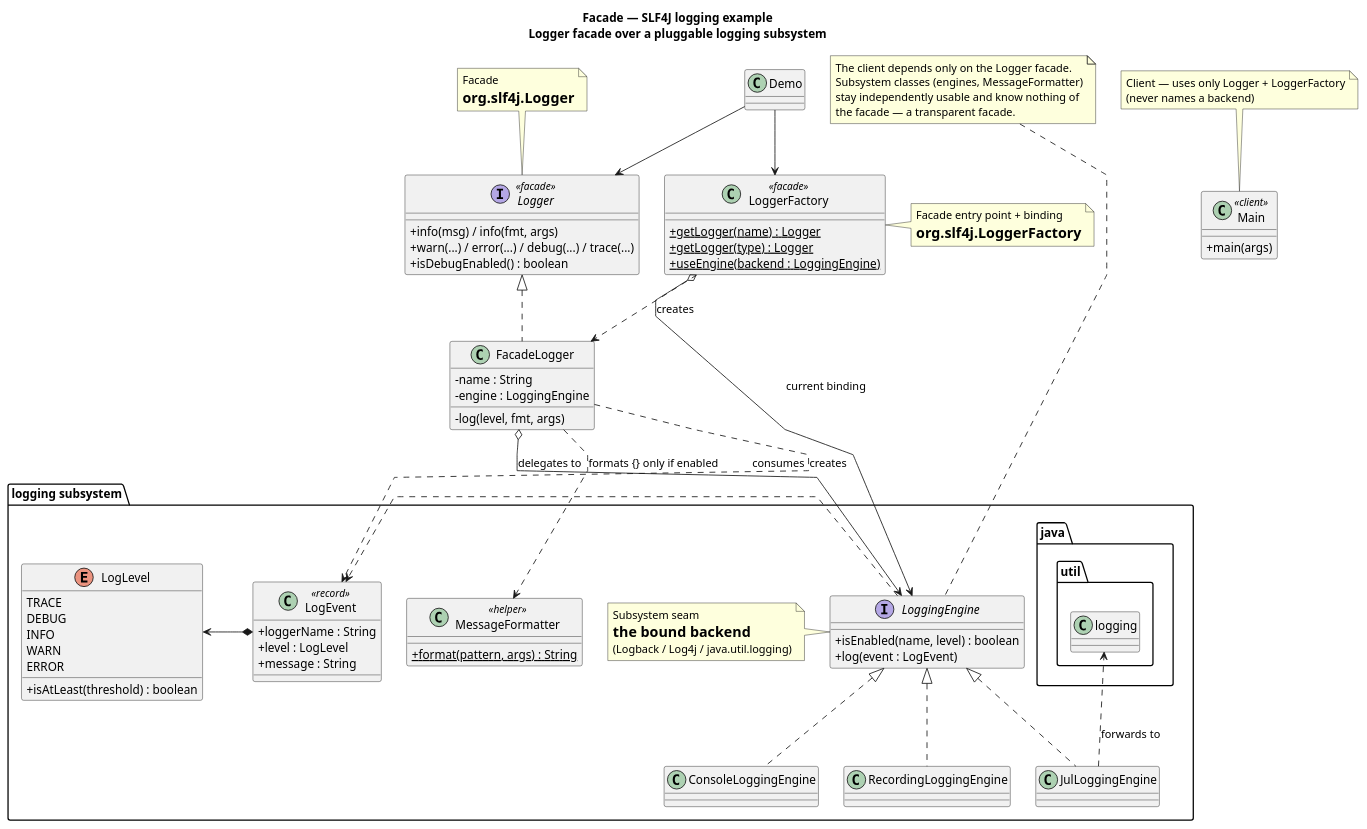
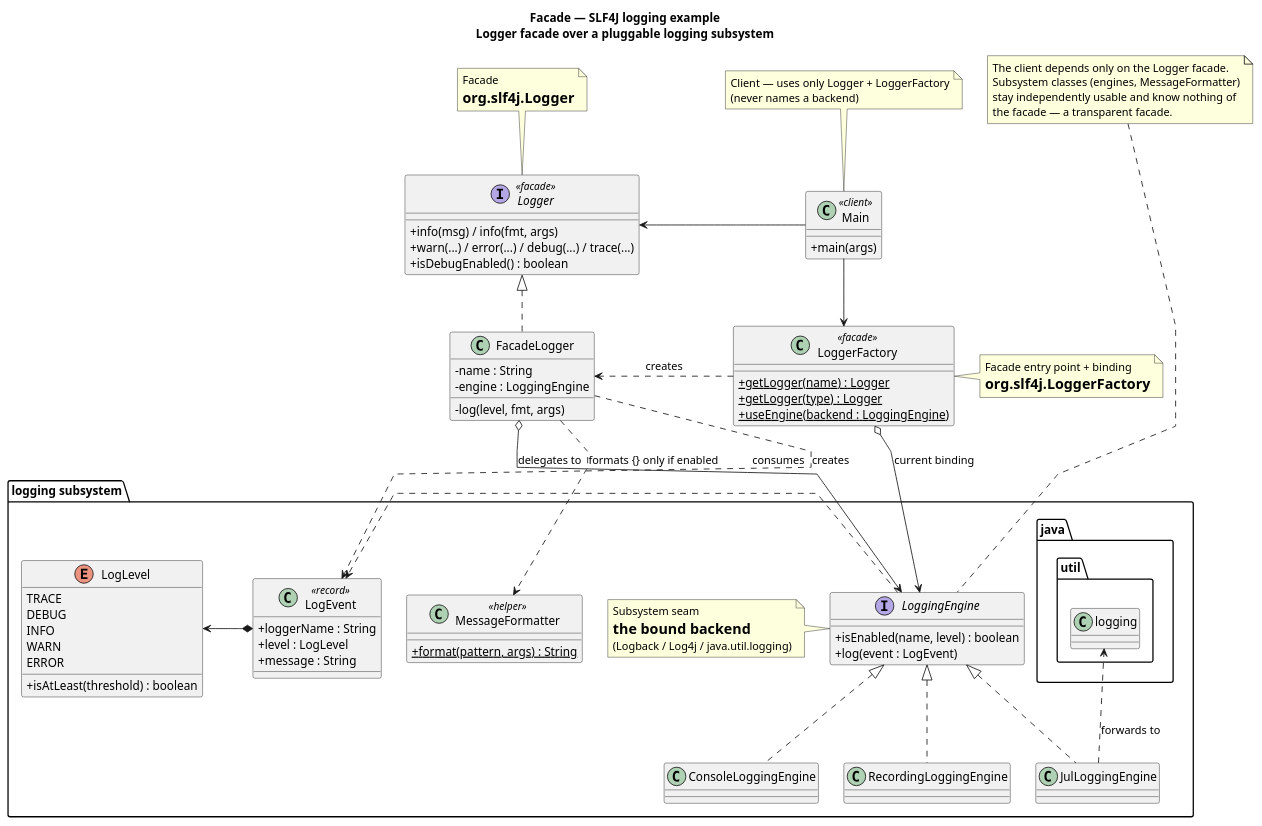
Before and after one commit to kaldiroglu/DesignPatternsWithJava: the diagram in src/main/java/dev/kaldiroglu/dp/structural/facade/slf4j/CD.puml, drawn with PlantUML. The commit also changed 2 other files, not shown here.

Commit message:
Facade: the slf4j diagram draws Main, not Demo; CLAUDE.md says the package diagram script refuses to overwrite
CD.puml named a Demo class that does not exist, so PlantUML drew it beside Main.
The Readme named files that do not exist. CD.puml has no images beside it.

```diff
--- a/src/main/java/dev/kaldiroglu/dp/structural/facade/slf4j/CD.puml
+++ b/src/main/java/dev/kaldiroglu/dp/structural/facade/slf4j/CD.puml
@@ -1,87 +1,87 @@
 @startuml Facade-SLF4J
 skinparam linetype polyline
 skinparam nodesep 30
 skinparam classAttributeIconSize 0
 title Facade — SLF4J logging example\nLogger facade over a pluggable logging subsystem
 
 class Main <<client>> {
   + main(args)
 }
 note top of Main : Client — uses only Logger + LoggerFactory\n(never names a backend)
 
 interface Logger <<facade>> {
   + info(msg) / info(fmt, args)
   + warn(...) / error(...) / debug(...) / trace(...)
   + isDebugEnabled() : boolean
 }
 note top of Logger : Facade\n= org.slf4j.Logger
 
 class LoggerFactory <<facade>> {
   + {static} getLogger(name) : Logger
   + {static} getLogger(type) : Logger
   + {static} useEngine(backend : LoggingEngine)
 }
 note right of LoggerFactory : Facade entry point + binding\n= org.slf4j.LoggerFactory
 
 class FacadeLogger {
   - name : String
   - engine : LoggingEngine
   - log(level, fmt, args)
 }
 
 package "logging subsystem" {
 
   interface LoggingEngine {
     + isEnabled(name, level) : boolean
     + log(event : LogEvent)
   }
   note left of LoggingEngine : Subsystem seam\n= the bound backend\n(Logback / Log4j / java.util.logging)
 
   class ConsoleLoggingEngine
   class RecordingLoggingEngine
   class JulLoggingEngine
 
   class MessageFormatter <<helper>> {
     + {static} format(pattern, args) : String
   }
   class LogEvent <<record>> {
     + loggerName : String
     + level : LogLevel
     + message : String
   }
   enum LogLevel {
     TRACE
     DEBUG
     INFO
     WARN
     ERROR
     + isAtLeast(threshold) : boolean
   }
 
   LoggingEngine <|.. ConsoleLoggingEngine
   LoggingEngine <|.. RecordingLoggingEngine
   LoggingEngine <|.. JulLoggingEngine
   LoggingEngine .[norank].> LogEvent : consumes
   LogEvent *-[norank]-> LogLevel
   JulLoggingEngine .[norank].> "java.util.logging" : forwards to
 }
 
-Demo -[norank]-> Logger
-Demo --> LoggerFactory
+Main -[norank]-> Logger
+Main --> LoggerFactory
 Logger <|.. FacadeLogger
 LoggerFactory .[norank].> FacadeLogger : creates
 LoggerFactory o-[norank]-> LoggingEngine : current binding
 FacadeLogger o--> LoggingEngine : delegates to
 FacadeLogger .[norank].> MessageFormatter : formats {} only if enabled
 FacadeLogger .[norank].> LogEvent : creates
 
 note as N1
   The client depends only on the Logger facade.
   Subsystem classes (engines, MessageFormatter)
   stay independently usable and know nothing of
   the facade — a transparent facade.
 end note
 N1 .[norank]. LoggingEngine
 
 
 @enduml
```
